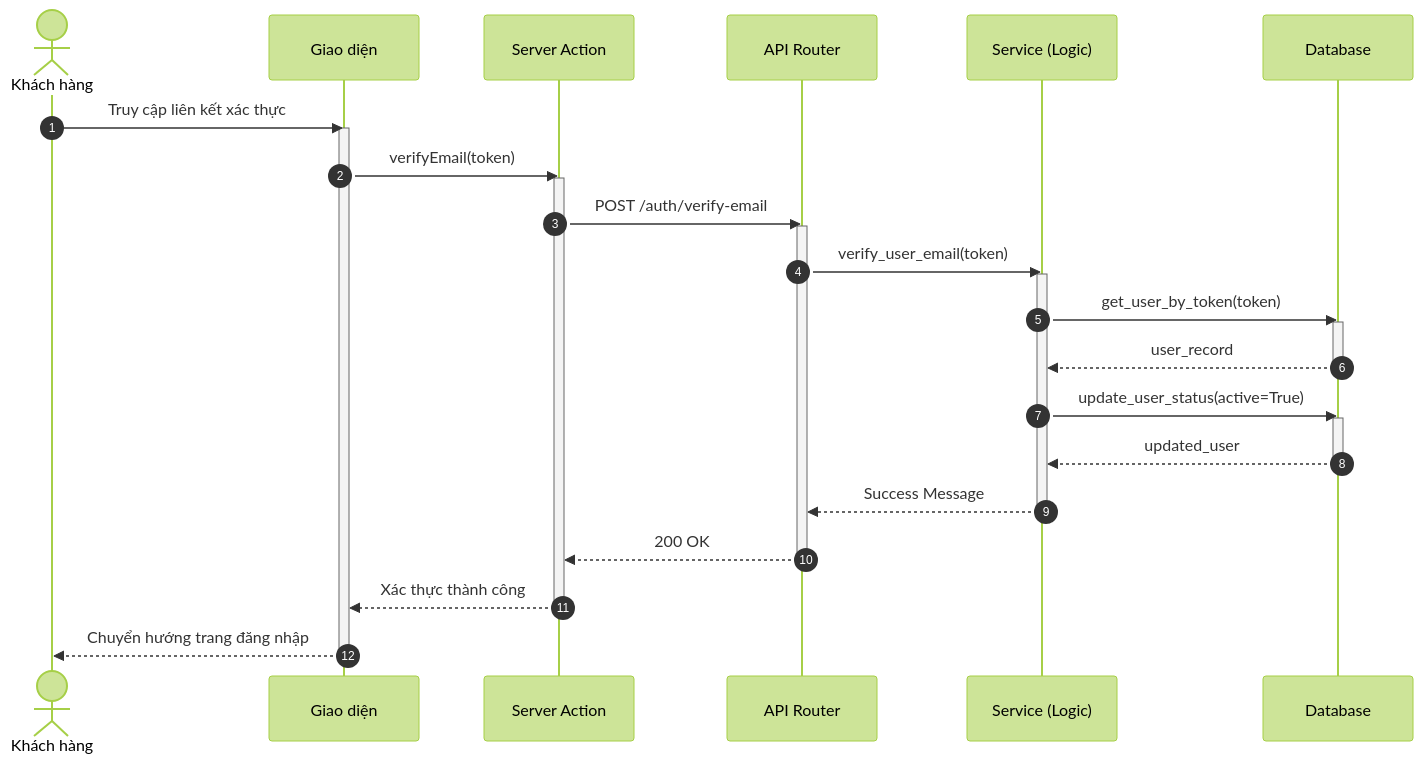
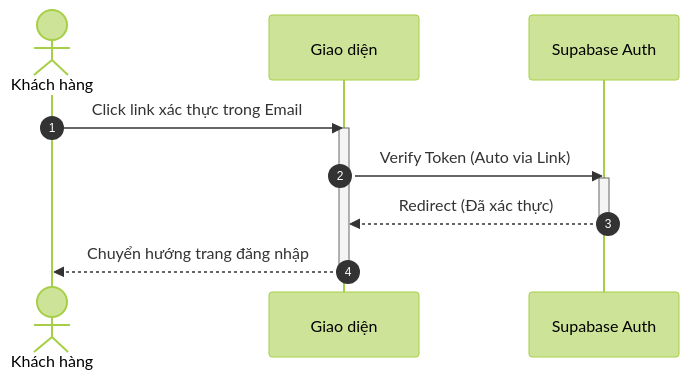
The second of 8 diagrams in docs/design/sequences/authentication.md (ngoctinn/Synapse), drawn with Mermaid (forest theme) before and after one commit. The commit also changed other lines of this file and 4 other files, not shown here.

Commit message:
docs: Add initial sequence diagrams for authentication, admin, customer, receptionist, and technician flows.

````diff
--- a/docs/design/sequences/authentication.md
+++ b/docs/design/sequences/authentication.md
@@ -79,43 +57,17 @@
 ```mermaid
 sequenceDiagram
     autonumber
     actor KH as Khách hàng
     participant UI as Giao diện
-    participant BFF as Server Action
-    participant API as API Router
-    participant S as Service (Logic)
-    participant DB as Database
+    participant SUPA as Supabase Auth
 
-    KH->>UI: Truy cập liên kết xác thực
+    KH->>UI: Click link xác thực trong Email
     activate UI
-    UI->>BFF: verifyEmail(token)
-    activate BFF
-
-    BFF->>API: POST /auth/verify-email
-    activate API
-
-    API->>S: verify_user_email(token)
-    activate S
-
-    S->>DB: get_user_by_token(token)
-    activate DB
-    DB-->>S: user_record
-    deactivate DB
-
-    S->>DB: update_user_status(active=True)
-    activate DB
-    DB-->>S: updated_user
-    deactivate DB
-
-    S-->>API: Success Message
-    deactivate S
-
-    API-->>BFF: 200 OK
-    deactivate API
-
-    BFF-->>UI: Xác thực thành công
-    deactivate BFF
+    UI->>SUPA: Verify Token (Auto via Link)
+    activate SUPA
+    SUPA-->>UI: Redirect (Đã xác thực)
+    deactivate SUPA
 
     UI-->>KH: Chuyển hướng trang đăng nhập
     deactivate UI
 ```
````
